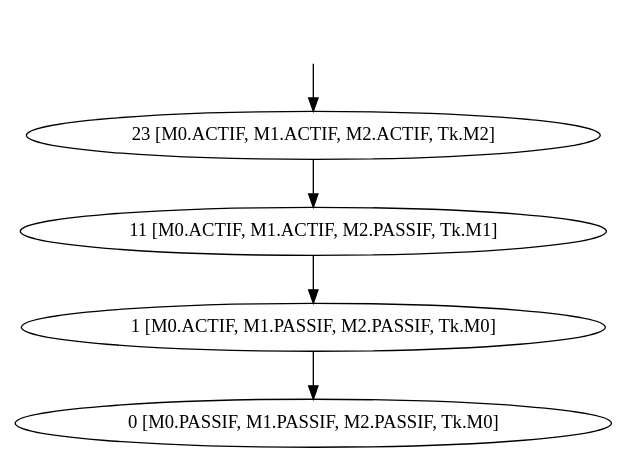
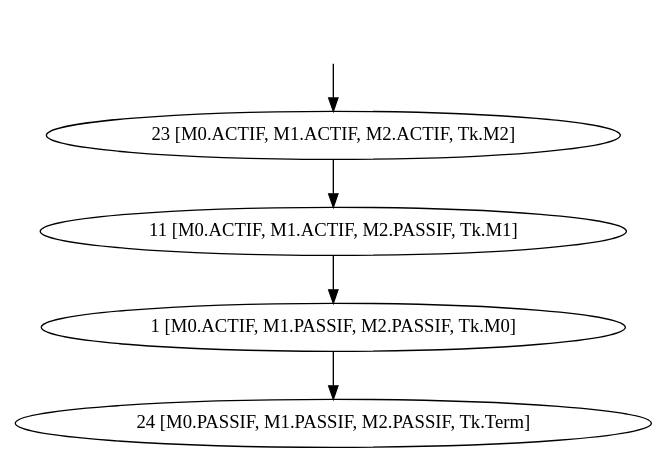
Before and after one commit to Lanes6/verif: the diagram in projet/systeme_algo1.dot, drawn with Graphviz. The commit also changed 6 other files, not shown here.

```diff
--- a/projet/systeme_algo1.dot
+++ b/projet/systeme_algo1.dot
@@ -1,11 +1,11 @@
 digraph system {
 _23[label="", shape=none ];
 _23->23;
 23 [label= "23 [M0.ACTIF, M1.ACTIF, M2.ACTIF, Tk.M2]"];
 11 [label= "11 [M0.ACTIF, M1.ACTIF, M2.PASSIF, Tk.M1]"];
 1 [label= "1 [M0.ACTIF, M1.PASSIF, M2.PASSIF, Tk.M0]"];
-0 [label= "0 [M0.PASSIF, M1.PASSIF, M2.PASSIF, Tk.M0]"];
+24 [label= "24 [M0.PASSIF, M1.PASSIF, M2.PASSIF, Tk.Term]"];
 23->11 [label= ""];
 11->1 [label= ""];
-1->0 [label= ""];
+1->24 [label= ""];
 }
```
